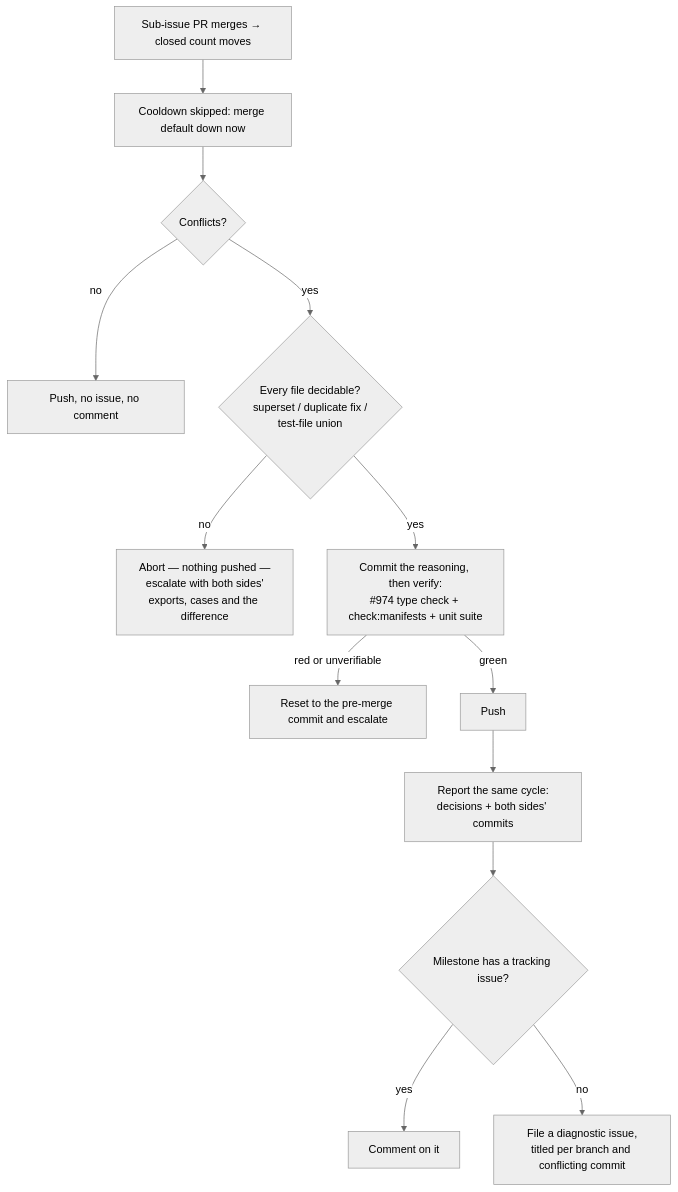
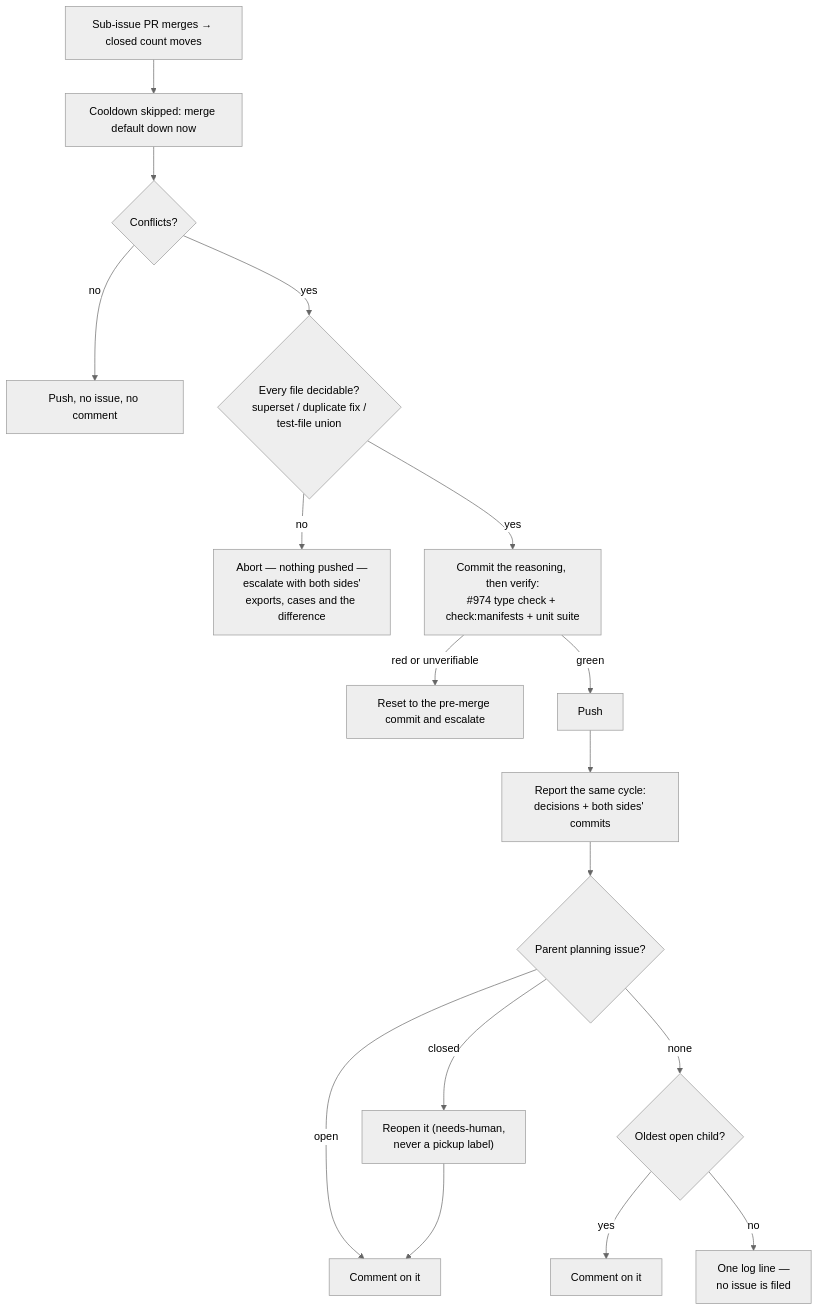
Before and after one commit to stSoftwareAU/VibeCoder: diagram 27 of 30 in docs/INTERNALS.md, drawn with Mermaid (neutral theme). The commit also changed other lines of this file and 13 other files, not shown here.

First line of the commit message:
Land the #1769 milestone-sync escalation fix on main (Issue #1826)

````diff
--- a/docs/INTERNALS.md
+++ b/docs/INTERNALS.md
@@ -3097,15 +3097,18 @@
 ```mermaid
 flowchart TD
     A[Sub-issue PR merges → closed count moves] --> B[Cooldown skipped: merge default down now]
     B --> C{Conflicts?}
     C -- no --> D[Push, no issue, no comment]
     C -- yes --> T{"Every file decidable?<br/>superset / duplicate fix /<br/>test-file union"}
     T -- no --> X["Abort — nothing pushed —<br/>escalate with both sides'<br/>exports, cases and the difference"]
     T -- yes --> V["Commit the reasoning, then verify:<br/>#974 type check + check:manifests + unit suite"]
     V -- red or unverifiable --> R[Reset to the pre-merge commit and escalate]
     V -- green --> P[Push]
     P --> F["Report the same cycle:<br/>decisions + both sides' commits"]
-    F --> G{Milestone has a tracking issue?}
-    G -- yes --> H[Comment on it]
-    G -- no --> I["File a diagnostic issue,<br/>titled per branch and conflicting commit"]
+    F --> G{Parent planning issue?}
+    G -- open --> H[Comment on it]
+    G -- closed --> RO["Reopen it (needs-human,<br/>never a pickup label)"] --> H
+    G -- none --> C2{Oldest open child?}
+    C2 -- yes --> H2[Comment on it]
+    C2 -- no --> L["One log line —<br/>no issue is filed"]
 ```
````
